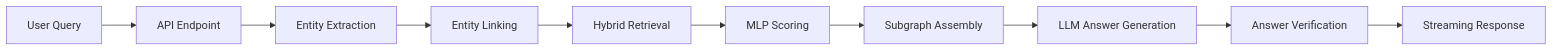
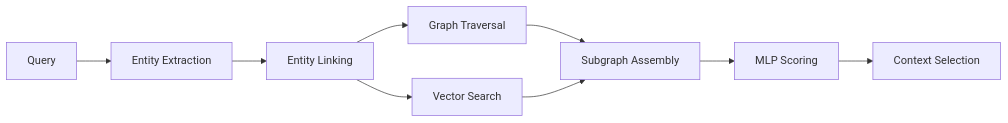
The first of 3 diagrams in docs/architecture.md (clarkandrew/SubGraphPlus), drawn with Mermaid before and after one commit. The commit also changed other lines of this file and 22 other files, not shown here.

````diff
--- a/docs/architecture.md
+++ b/docs/architecture.md
@@ -37,12 +43,11 @@
 ```mermaid
 graph LR
-    A[User Query] --> B[API Endpoint]
-    B --> C[Entity Extraction]
-    C --> D[Entity Linking]
-    D --> E[Hybrid Retrieval]
-    E --> F[MLP Scoring]
-    F --> G[Subgraph Assembly]
-    G --> H[LLM Answer Generation]
-    H --> I[Answer Verification]
-    I --> J[Streaming Response]
+    A[Query] --> B[Entity Extraction]
+    B --> C[Entity Linking]
+    C --> D[Graph Traversal]
+    C --> E[Vector Search]
+    D --> F[Subgraph Assembly]
+    E --> F
+    F --> G[MLP Scoring]
+    G --> H[Context Selection]
 ```
````
